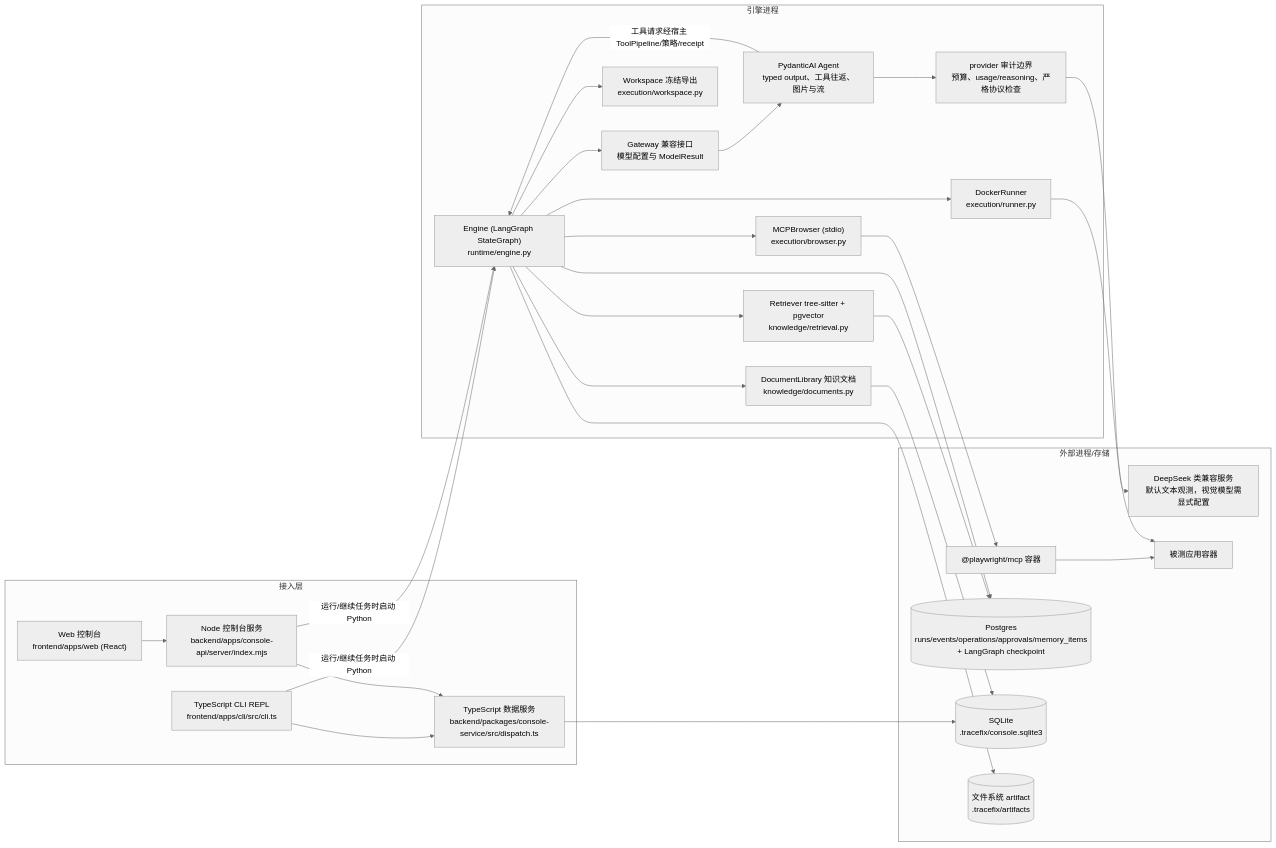
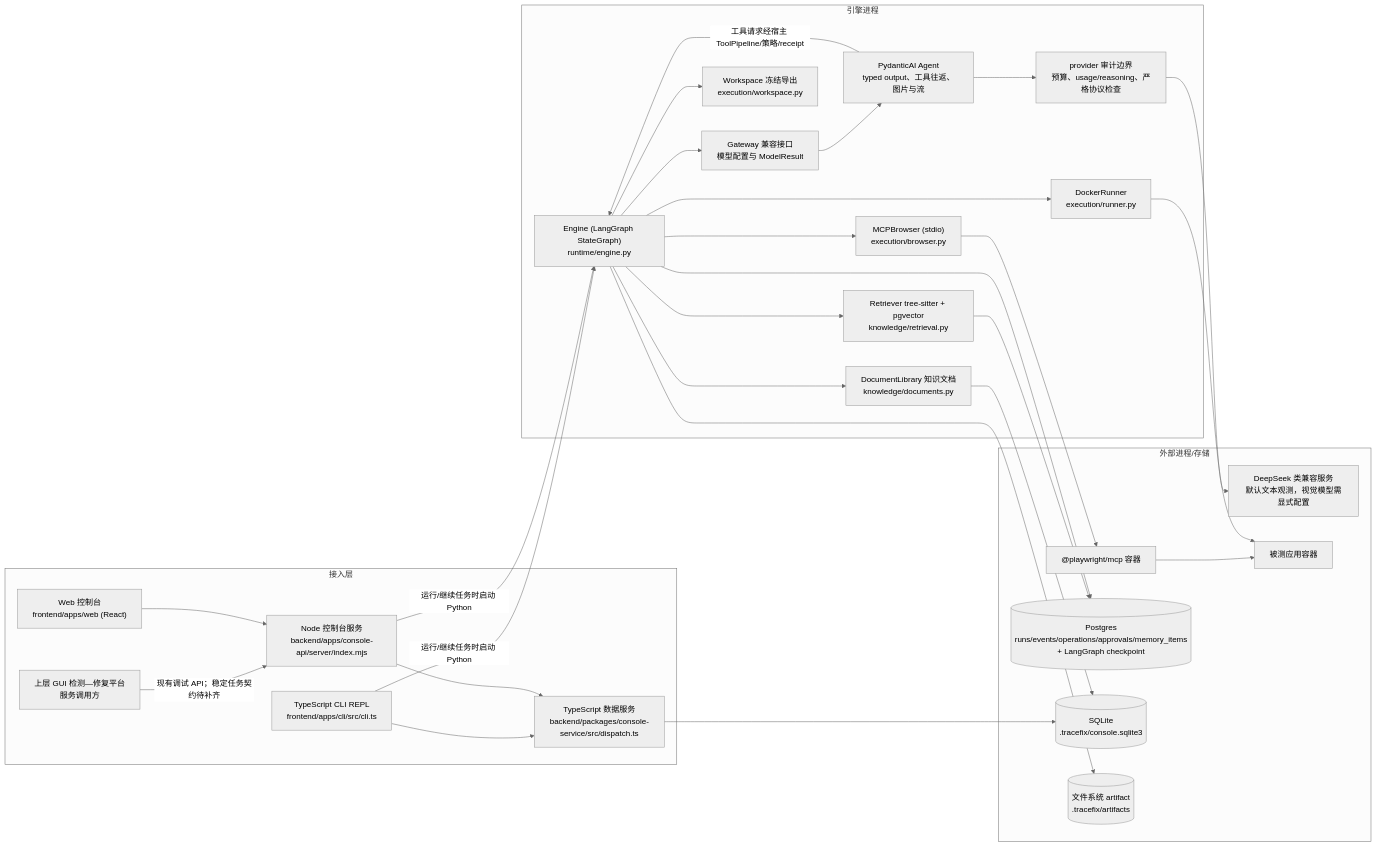
One commit to BUPTtsy/TraceFix-Agent changed the first of 2 diagrams in docs/产品说明手册/01-系统架构/总体架构.md. Above: the diagram before and after it, drawn with Mermaid (neutral theme). The commit also changed other lines of this file and 22 other files, not shown here.

````diff
--- a/docs/产品说明手册/01-系统架构/总体架构.md
+++ b/docs/产品说明手册/01-系统架构/总体架构.md
@@ -16,41 +18,43 @@
 ```mermaid
 flowchart LR
   subgraph 接入层
+    PLATFORM["上层 GUI 检测—修复平台<br/>服务调用方"]
     CLI["TypeScript CLI REPL<br/>frontend/apps/cli/src/cli.ts"]
     WEB["Web 控制台<br/>frontend/apps/web (React)"]
     NODE["Node 控制台服务<br/>backend/apps/console-api/server/index.mjs"]
     DATA["TypeScript 数据服务<br/>backend/packages/console-service/src/dispatch.ts"]
   end
   subgraph 引擎进程
     ENG["Engine (LangGraph StateGraph)<br/>runtime/engine.py"]
     GW["Gateway 兼容接口<br/>模型配置与 ModelResult"]
     AI["PydanticAI Agent<br/>typed output、工具往返、图片与流"]
     PROTO["provider 审计边界<br/>预算、usage/reasoning、严格协议检查"]
     BR["MCPBrowser (stdio)<br/>execution/browser.py"]
     RUN["DockerRunner<br/>execution/runner.py"]
     WS["Workspace 冻结导出<br/>execution/workspace.py"]
     RET["Retriever tree-sitter + pgvector<br/>knowledge/retrieval.py"]
     DOC["DocumentLibrary 知识文档<br/>knowledge/documents.py"]
   end
   subgraph 外部进程/存储
     LLM["DeepSeek 类兼容服务<br/>默认文本观测，视觉模型需显式配置"]
     PW["@playwright/mcp 容器"]
     APP["被测应用容器"]
     PG[("Postgres<br/>runs/events/operations/approvals/memory_items<br/>+ LangGraph checkpoint")]
     SQL[("SQLite<br/>.tracefix/console.sqlite3")]
     FS[("文件系统 artifact<br/>.tracefix/artifacts")]
   end
+  PLATFORM -- "现有调试 API；稳定任务契约待补齐" --> NODE
   CLI --> DATA --> SQL
   CLI -- "运行/继续任务时启动 Python" --> ENG
   WEB --> NODE --> DATA
   NODE -- "运行/继续任务时启动 Python" --> ENG
   ENG --> GW --> AI --> PROTO --> LLM
   AI -- "工具请求经宿主 ToolPipeline/策略/receipt" --> ENG
   ENG --> BR --> PW --> APP
   ENG --> RUN --> APP
   ENG --> WS
   ENG --> RET --> PG
   ENG --> DOC --> SQL
   ENG --> PG
   ENG --> FS
 ```
````
